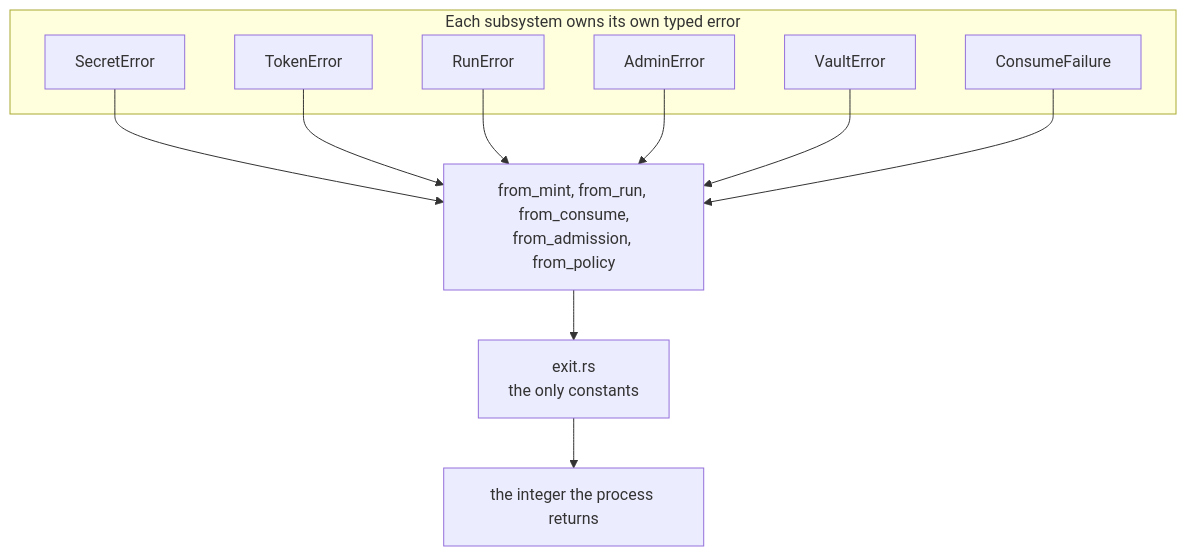
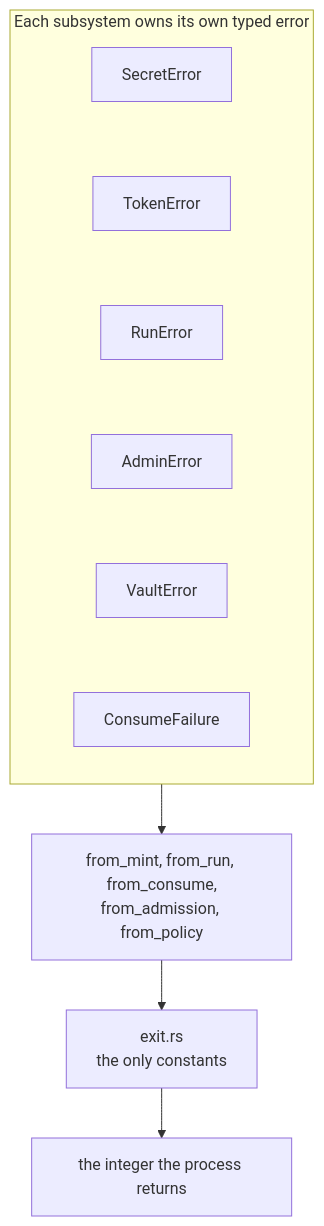
One commit to bruj0/keyspout changed the fourth of 5 diagrams in site/docs/components/ksp-cli.md. Above: the diagram before and after it, drawn with Mermaid. The commit also changed other lines of this file and 15 other files, not shown here.

First line of the commit message:
feat(site): zoom every diagram, and make the wide ones vertical

````diff
--- a/site/docs/components/ksp-cli.md
+++ b/site/docs/components/ksp-cli.md
@@ -255,23 +261,25 @@
 ```mermaid
 flowchart TD
   subgraph Subsystems["Each subsystem owns its own typed error"]
+    direction TB
     SE["SecretError"]
     TE["TokenError"]
     RE["RunError"]
     AE["AdminError"]
     VE["VaultError"]
     CE["ConsumeFailure"]
+    SE ~~~ TE
+    TE ~~~ RE
+    RE ~~~ AE
+    AE ~~~ VE
+    VE ~~~ CE
   end
 
+  MAP["from_mint, from_run, from_consume,<br/>from_admission, from_policy"]
   EXIT["exit.rs<br/>the only constants"]
-  MAP["from_mint, from_run, from_consume,<br/>from_admission, from_policy"]
+  OUT["the integer the process returns"]
 
-  SE --> MAP
-  TE --> MAP
-  RE --> MAP
-  AE --> MAP
-  VE --> MAP
-  CE --> MAP
+  Subsystems --> MAP
   MAP --> EXIT
-  EXIT --> OUT["the integer the process returns"]
+  EXIT --> OUT
 ```
````
